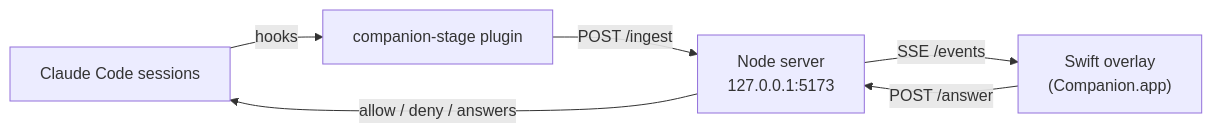
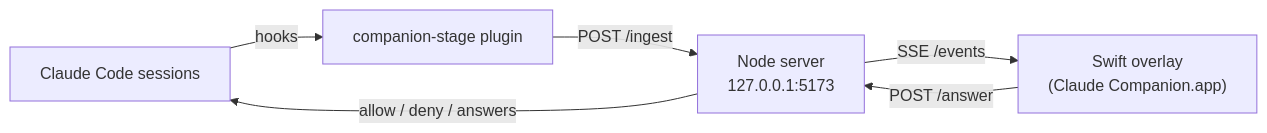
The diagram in README.md (lfb0801/claude-companion), drawn with Mermaid before and after one commit. The commit also changed other lines of this file and 2 other files, not shown here.

Commit message:
Rename the app bundle to Claude Companion; toolbar buttons use SF Symbols instead of emoji

````diff
--- a/README.md
+++ b/README.md
@@ -101,8 +101,8 @@
 ```mermaid
 flowchart LR
     CC["Claude Code sessions"] -- "hooks" --> P["companion-stage plugin"]
     P -- "POST /ingest" --> S["Node server<br/>127.0.0.1:5173"]
-    S -- "SSE /events" --> O["Swift overlay<br/>(Companion.app)"]
+    S -- "SSE /events" --> O["Swift overlay<br/>(Claude Companion.app)"]
     O -- "POST /answer" --> S
     S -- "allow / deny / answers" --> CC
 ```
````
